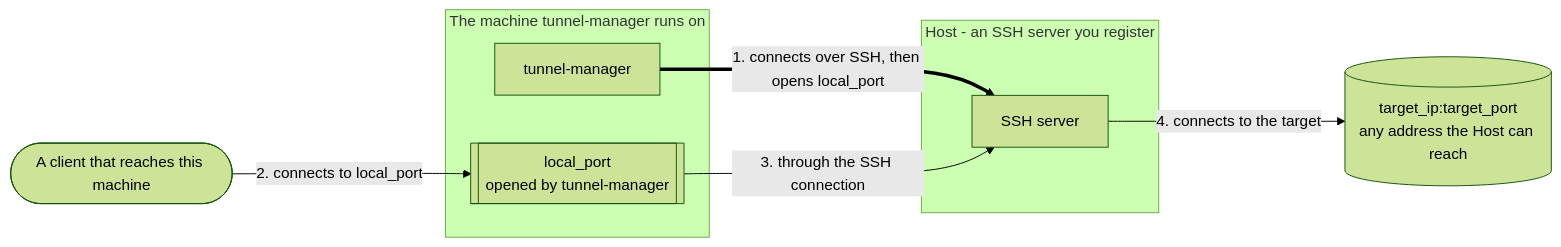
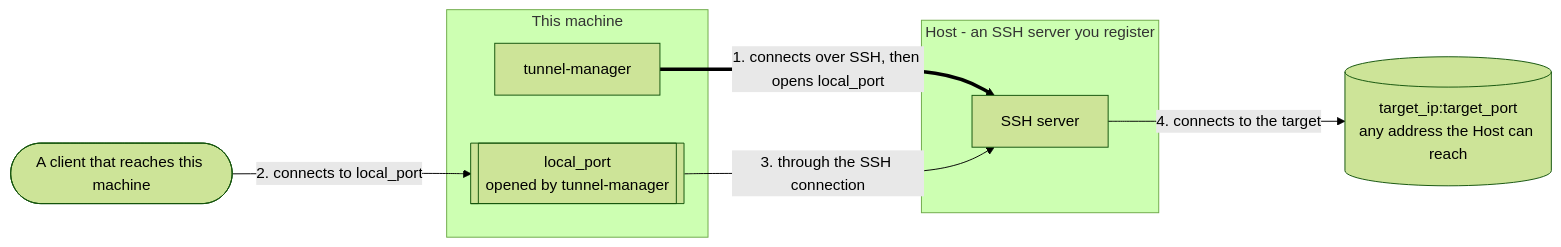
One commit to jollaman999/tunnel-manager changed the second of 3 diagrams in docs/reference.md. Above: the diagram before and after it, drawn with Mermaid (forest theme). The commit also changed other lines of this file and 3 other files, not shown here.

````diff
--- a/docs/reference.md
+++ b/docs/reference.md
@@ -299,17 +299,17 @@
 ```mermaid
 flowchart LR
     client([A client that reaches this machine])
-    subgraph here [The machine tunnel-manager runs on]
+    subgraph here [This machine]
         port[["local_port<br/>opened by tunnel-manager"]]
         tm[tunnel-manager]
     end
     subgraph host [Host - an SSH server you register]
         sshd[SSH server]
     end
     target[("target_ip:target_port<br/>any address the Host can reach")]
 
     tm ==>|"1. connects over SSH, then opens local_port"| sshd
     client -->|"2. connects to local_port"| port
     port -->|"3. through the SSH connection"| sshd
     sshd -->|"4. connects to the target"| target
 ```
````
